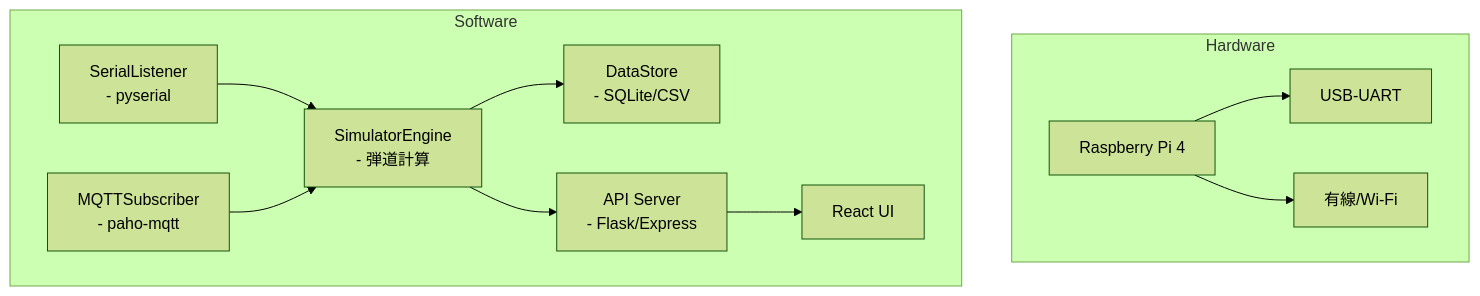
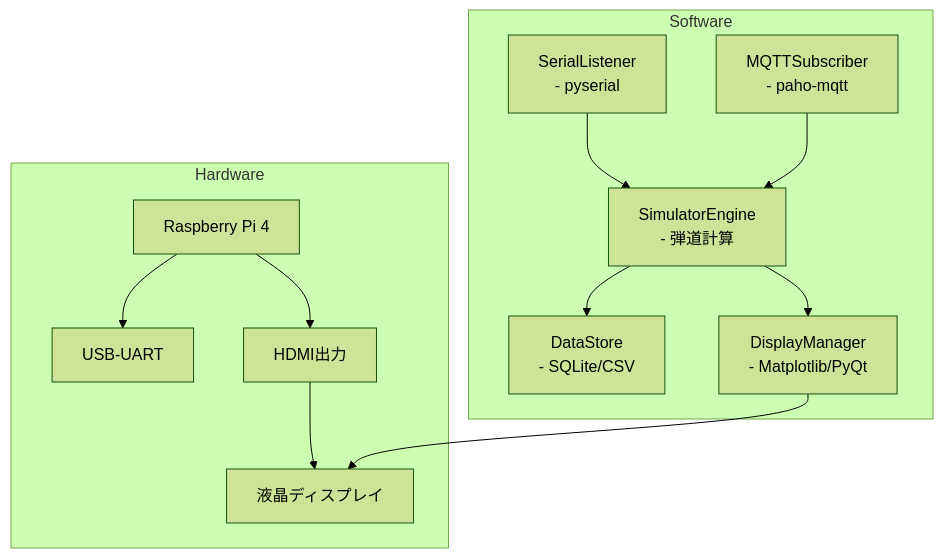
The third of 4 diagrams in README.md (Hidenori24/Golf_HILS_System), drawn with Mermaid (forest theme) before and after one commit. The commit also changed other lines of this file, not shown here.

Commit message:
Complete README.md rewrite with direct display approach and new structure

````diff
--- a/README.md
+++ b/README.md
@@ -198,21 +132,23 @@
 ```mermaid
 flowchart TD
   subgraph Hardware
     RPI[Raspberry Pi 4]
     USB[USB-UART]
-    LAN[有線/Wi-Fi]
+    HDMI[HDMI出力]
+    DISP[液晶ディスプレイ]
     RPI --> USB
-    RPI --> LAN
+    RPI --> HDMI
+    HDMI --> DISP
   end
   subgraph Software
     SerialL[SerialListener<br/>- pyserial]
     MQTTSub[MQTTSubscriber<br/>- paho-mqtt]
     SimEngine[SimulatorEngine<br/>- 弾道計算]
     DataStore[DataStore<br/>- SQLite/CSV]
-    APISrv[API Server<br/>- Flask/Express]
-    WebUI[React UI]
+    DisplayMgr[DisplayManager<br/>- Matplotlib/PyQt]
     SerialL & MQTTSub --> SimEngine
     SimEngine --> DataStore
-    SimEngine --> APISrv --> WebUI
+    SimEngine --> DisplayMgr
+    DisplayMgr --> DISP
   end
 ```
````
